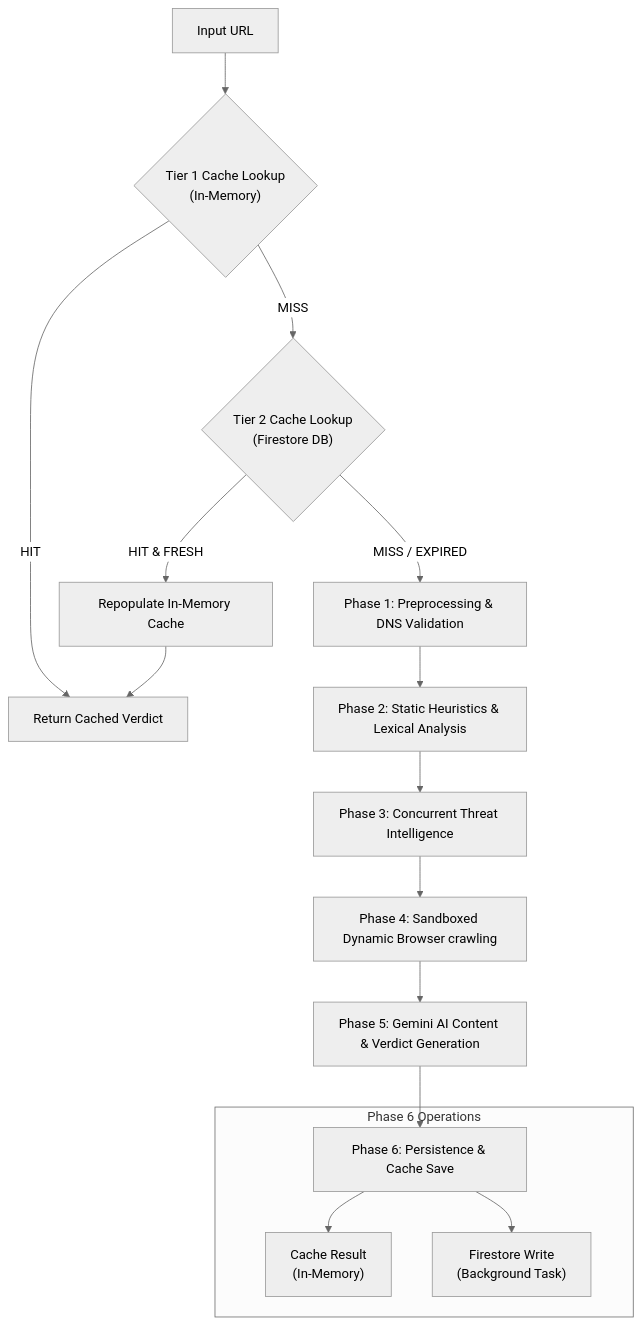
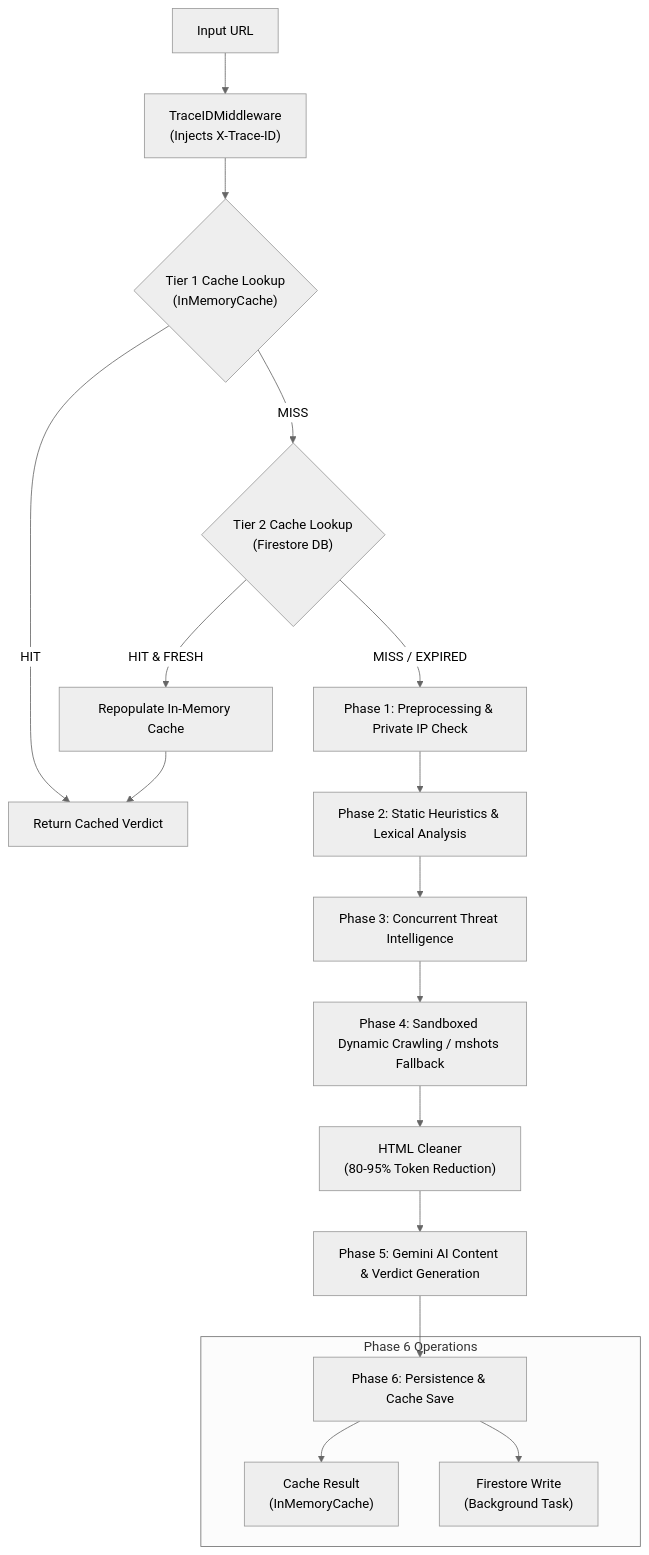
One commit to lequanganhtuan/AI_agent changed the first of 2 diagrams in README.md. Above: the diagram before and after it, drawn with Mermaid (neutral theme). The commit also changed other lines of this file, not shown here.

````diff
--- a/README.md
+++ b/README.md
@@ -79,21 +82,22 @@
 ```mermaid
 flowchart TD
-    A["Input URL"] --> B_Cache{"Tier 1 Cache Lookup<br>(In-Memory)"}
+    A["Input URL"] --> Trace["TraceIDMiddleware<br>(Injects X-Trace-ID)"]
+    Trace --> B_Cache{"Tier 1 Cache Lookup<br>(InMemoryCache)"}
     B_Cache -- HIT --> ReturnCached["Return Cached Verdict"]
     
     B_Cache -- MISS --> B_DB{"Tier 2 Cache Lookup<br>(Firestore DB)"}
     B_DB -- "HIT & FRESH" --> Repopulate["Repopulate In-Memory Cache"] --> ReturnCached
     
-    B_DB -- "MISS / EXPIRED" --> P1["Phase 1: Preprocessing & DNS Validation"]
+    B_DB -- "MISS / EXPIRED" --> P1["Phase 1: Preprocessing & Private IP Check"]
     P1 --> P2["Phase 2: Static Heuristics & Lexical Analysis"]
     P2 --> P3["Phase 3: Concurrent Threat Intelligence"]
-    P3 --> P4["Phase 4: Sandboxed Dynamic Browser crawling"]
-    P4 --> P5["Phase 5: Gemini AI Content & Verdict Generation"]
+    P3 --> P4["Phase 4: Sandboxed Dynamic Crawling / mshots Fallback"]
+    P4 --> HTML["HTML Cleaner<br>(80-95% Token Reduction)"]
+    HTML --> P5["Phase 5: Gemini AI Content & Verdict Generation"]
     
     P5 --> P6["Phase 6: Persistence & Cache Save"]
     subgraph P6_Actions[Phase 6 Operations]
-        P6 --> SaveCache["Cache Result<br>(In-Memory)"]
+        P6 --> SaveCache["Cache Result<br>(InMemoryCache)"]
         P6 --> SaveDB["Firestore Write<br>(Background Task)"]
     end
-    
 ```
````
